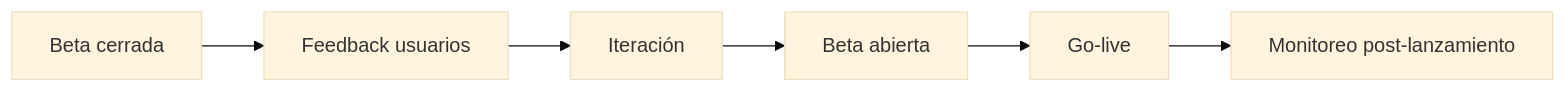
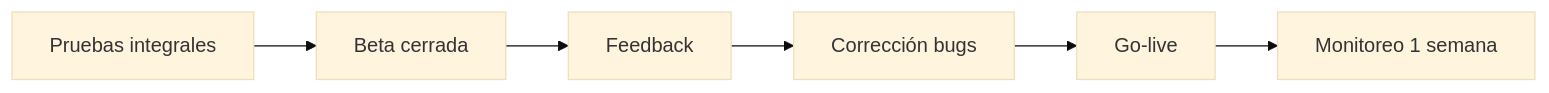
Before and after one commit to erikaluciafuertes/Project-Proposals: the seventh of 8 diagrams in roadmap.md, drawn with Mermaid (base theme). The commit also changed other lines of this file, not shown here.

Commit message:
refinamiento del roadmap con mayor detalle por fase y criterios de éxito

````diff
--- a/roadmap.md
+++ b/roadmap.md
@@ -201,8 +250,8 @@
 ```mermaid
 flowchart LR
-    A[Beta cerrada] --> B[Feedback usuarios]
-    B --> C[Iteración]
-    C --> D[Beta abierta]
+    A[Pruebas integrales] --> B[Beta cerrada]
+    B --> C[Feedback]
+    C --> D[Corrección bugs]
     D --> E[Go-live]
-    E --> F[Monitoreo post-lanzamiento]
+    E --> F[Monitoreo 1 semana]
 ```
````
